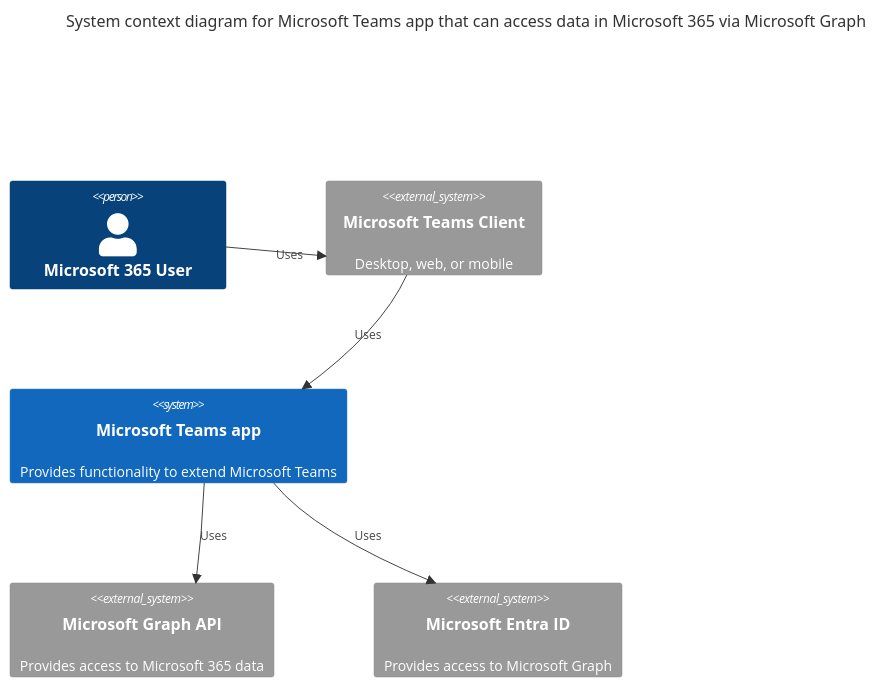
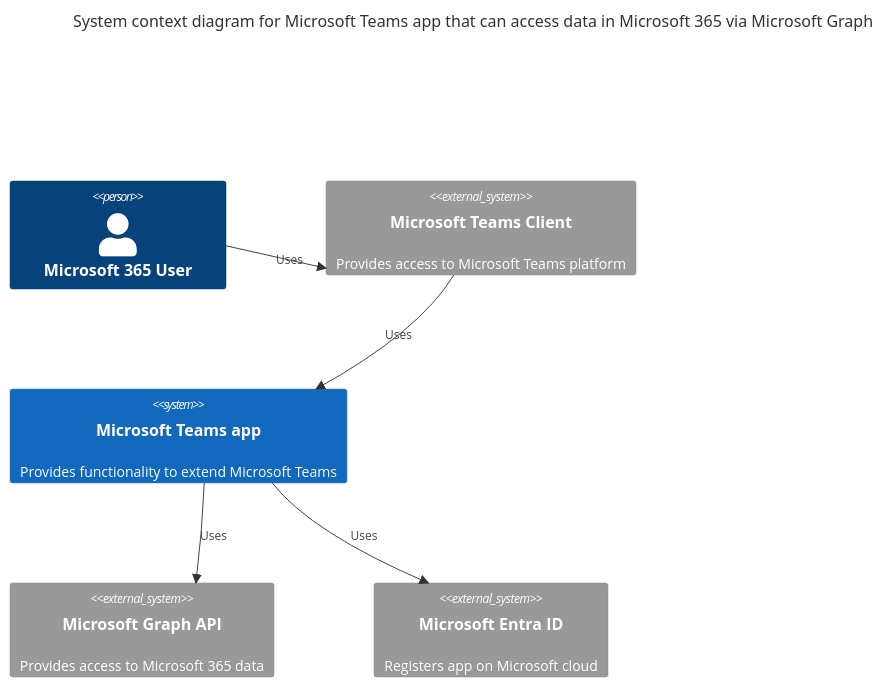
Before and after one commit to garrytrinder/msteams-bot-msgraph-azbot: the second of 3 diagrams in README.md, drawn with Mermaid. The commit also changed other lines of this file, not shown here.

Commit message:
Update system and container diagrams

````diff
--- a/README.md
+++ b/README.md
@@ -159,15 +159,15 @@
 ```mermaid
 C4Context
     title System context diagram for Microsoft Teams app that can access data in Microsoft 365 via Microsoft Graph
 
     Person(user,"Microsoft 365 User")
-    System_Ext(teams_client, "Microsoft Teams Client", "Desktop, web, or mobile")
+    System_Ext(teams_client, "Microsoft Teams Client", "Provides access to Microsoft Teams platform")
     System(app, "Microsoft Teams app", "Provides functionality to extend Microsoft Teams")
     System_Ext(graph, "Microsoft Graph API", "Provides access to Microsoft 365 data")
-    System_Ext(entra,"Microsoft Entra ID", "Provides access to Microsoft Graph")
+    System_Ext(entra,"Microsoft Entra ID", "Registers app on Microsoft cloud")
 
     Rel(user, teams_client, "Uses")
     Rel(teams_client, app, "Uses")
     Rel(app, entra, "Uses")
     Rel(app, graph, "Uses")
 ```
````
